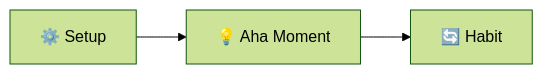
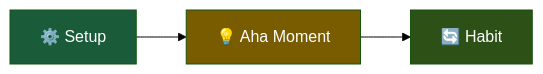
The first of 2 diagrams in src/content/corso/analisi-prodotto/cheat-sheet.mdx (AndreyBertasini/gynnitech), drawn with Mermaid (forest theme) before and after one commit. The commit also changed other lines of this file and 21 other files, not shown here.

First line of the commit message:
style: applica color scheme semantico a tutti i diagrammi Mermaid del corso

````diff
--- a/src/content/corso/analisi-prodotto/cheat-sheet.mdx
+++ b/src/content/corso/analisi-prodotto/cheat-sheet.mdx
@@ -74,4 +74,7 @@
 ```mermaid
 graph LR
     S["⚙️ Setup"] --> A["💡 Aha Moment"] --> H["🔄 Habit"]
+    style S fill:#1a5c3a,color:#ffffff
+    style A fill:#7a5c00,color:#ffffff
+    style H fill:#2d5016,color:#ffffff
 ```
````
